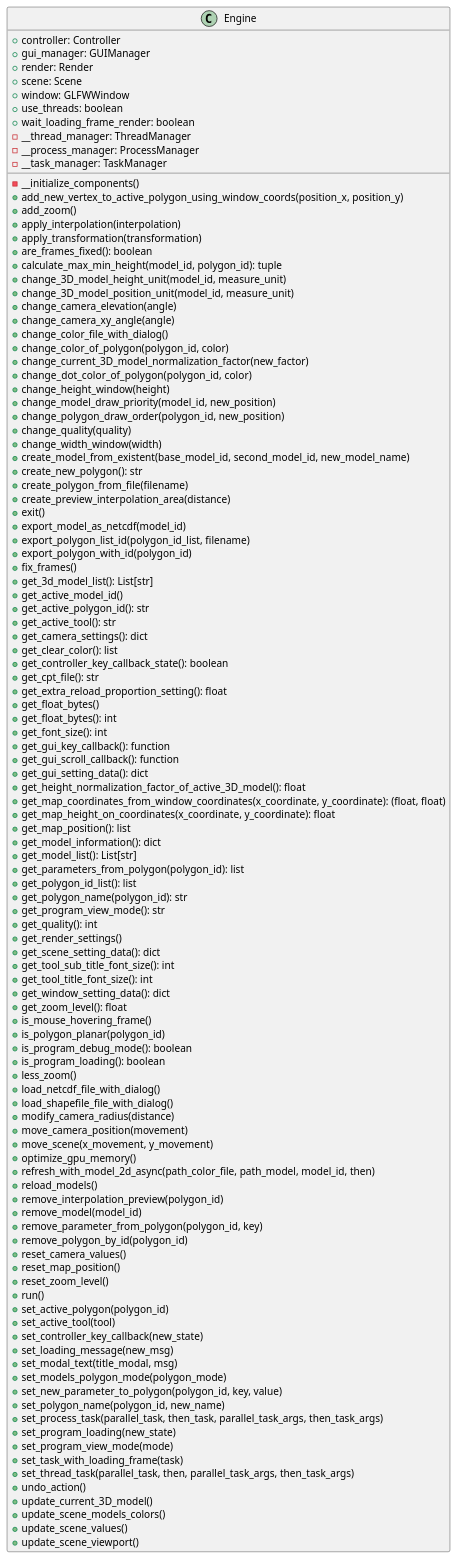
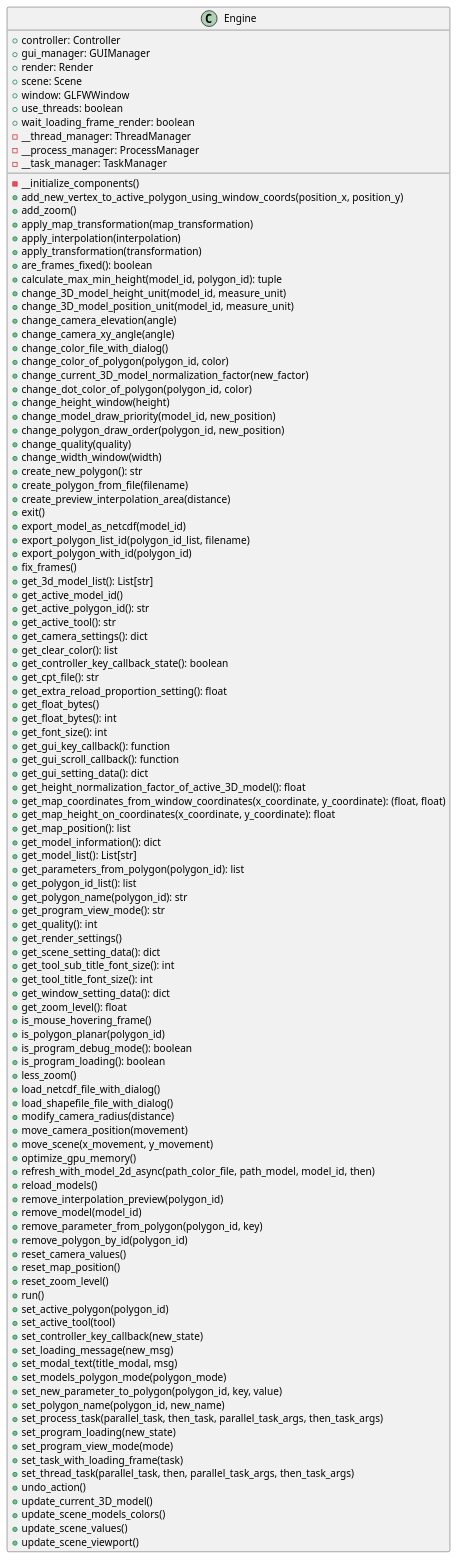
The diagram in docs/classes/Engine.puml (ferpoble2/Relief_Creator), drawn with PlantUML before and after one commit. The commit also changed 36 other files, not shown here.

First line of the commit message:
Added map_transformation module. (#13)

```diff
--- a/docs/classes/Engine.puml
+++ b/docs/classes/Engine.puml
@@ -1,116 +1,116 @@
 @startuml
 class Engine {
     + controller: Controller
     + gui_manager: GUIManager
     + render: Render
     + scene: Scene
     + window: GLFWWindow
     + use_threads: boolean
     + wait_loading_frame_render: boolean
     - __thread_manager: ThreadManager
     - __process_manager: ProcessManager
     - __task_manager: TaskManager
 
     - __initialize_components()
     + add_new_vertex_to_active_polygon_using_window_coords(position_x, position_y)
     + add_zoom()
+    + apply_map_transformation(map_transformation)
     + apply_interpolation(interpolation)
     + apply_transformation(transformation)
     + are_frames_fixed(): boolean
     + calculate_max_min_height(model_id, polygon_id): tuple
     + change_3D_model_height_unit(model_id, measure_unit)
     + change_3D_model_position_unit(model_id, measure_unit)
     + change_camera_elevation(angle)
     + change_camera_xy_angle(angle)
     + change_color_file_with_dialog()
     + change_color_of_polygon(polygon_id, color)
     + change_current_3D_model_normalization_factor(new_factor)
     + change_dot_color_of_polygon(polygon_id,  color)
     + change_height_window(height)
     + change_model_draw_priority(model_id, new_position)
     + change_polygon_draw_order(polygon_id, new_position)
     + change_quality(quality)
     + change_width_window(width)
-    + create_model_from_existent(base_model_id, second_model_id, new_model_name)
     + create_new_polygon(): str
     + create_polygon_from_file(filename)
     + create_preview_interpolation_area(distance)
     + exit()
     + export_model_as_netcdf(model_id)
     + export_polygon_list_id(polygon_id_list, filename)
     + export_polygon_with_id(polygon_id)
     + fix_frames()
     + get_3d_model_list(): List[str]
     + get_active_model_id()
     + get_active_polygon_id(): str
     + get_active_tool(): str
     + get_camera_settings(): dict
     + get_clear_color(): list
     + get_controller_key_callback_state(): boolean
     + get_cpt_file(): str
     + get_extra_reload_proportion_setting(): float
     + get_float_bytes()
     + get_float_bytes(): int
     + get_font_size(): int
     + get_gui_key_callback(): function
     + get_gui_scroll_callback(): function
     + get_gui_setting_data(): dict
     + get_height_normalization_factor_of_active_3D_model(): float
     + get_map_coordinates_from_window_coordinates(x_coordinate, y_coordinate): (float, float)
     + get_map_height_on_coordinates(x_coordinate, y_coordinate): float
     + get_map_position(): list
     + get_model_information(): dict
     + get_model_list(): List[str]
     + get_parameters_from_polygon(polygon_id): list
     + get_polygon_id_list(): list
     + get_polygon_name(polygon_id): str
     + get_program_view_mode(): str
     + get_quality(): int
     + get_render_settings()
     + get_scene_setting_data(): dict
     + get_tool_sub_title_font_size(): int
     + get_tool_title_font_size(): int
     + get_window_setting_data(): dict
     + get_zoom_level(): float
     + is_mouse_hovering_frame()
     + is_polygon_planar(polygon_id)
     + is_program_debug_mode(): boolean
     + is_program_loading(): boolean
     + less_zoom()
     + load_netcdf_file_with_dialog()
     + load_shapefile_file_with_dialog()
     + modify_camera_radius(distance)
     + move_camera_position(movement)
     + move_scene(x_movement, y_movement)
     + optimize_gpu_memory()
     + refresh_with_model_2d_async(path_color_file, path_model, model_id, then)
     + reload_models()
     + remove_interpolation_preview(polygon_id)
     + remove_model(model_id)
     + remove_parameter_from_polygon(polygon_id, key)
     + remove_polygon_by_id(polygon_id)
     + reset_camera_values()
     + reset_map_position()
     + reset_zoom_level()
     + run()
     + set_active_polygon(polygon_id)
     + set_active_tool(tool)
     + set_controller_key_callback(new_state)
     + set_loading_message(new_msg)
     + set_modal_text(title_modal, msg)
     + set_models_polygon_mode(polygon_mode)
     + set_new_parameter_to_polygon(polygon_id, key, value)
     + set_polygon_name(polygon_id, new_name)
     + set_process_task(parallel_task, then_task, parallel_task_args, then_task_args)
     + set_program_loading(new_state)
     + set_program_view_mode(mode)
     + set_task_with_loading_frame(task)
     + set_thread_task(parallel_task, then, parallel_task_args, then_task_args)
     + undo_action()
     + update_current_3D_model()
     + update_scene_models_colors()
     + update_scene_values()
     + update_scene_viewport()
 }
 
 @enduml
```
